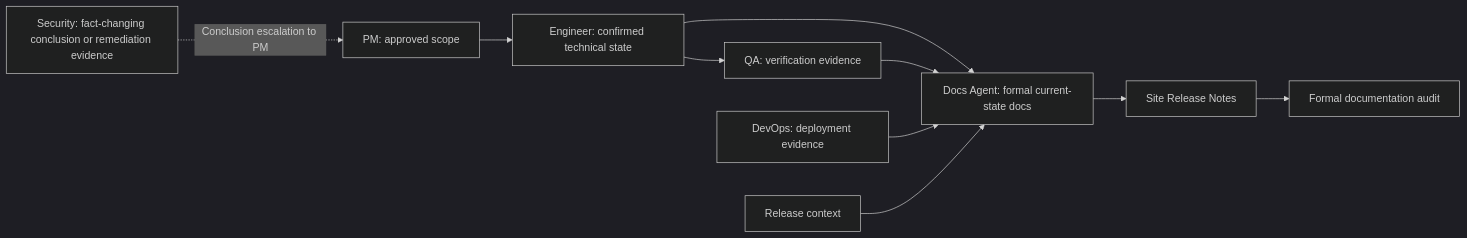
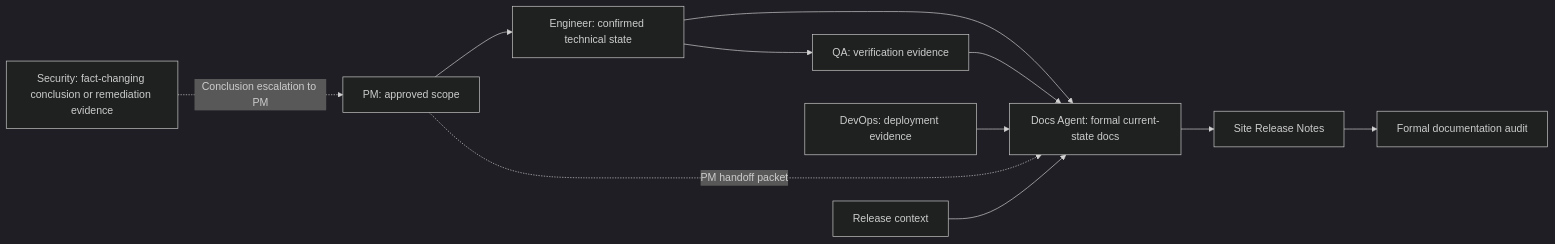
One commit to Neplich/dev-agent-skills changed the diagram in agents/docs/README.md. Above: the diagram before and after it, drawn with Mermaid (dark theme). The commit also changed 18 other files, not shown here.

````diff
--- a/agents/docs/README.md
+++ b/agents/docs/README.md
@@ -71,12 +71,13 @@
 ```mermaid
 flowchart LR
     PM["PM: approved scope"] --> Engineer["Engineer: confirmed technical state"]
     Engineer --> QA["QA: verification evidence"]
     Engineer --> Docs["Docs Agent: formal current-state docs"]
     QA --> Docs
     DevOps["DevOps: deployment evidence"] --> Docs
     Security["Security: fact-changing conclusion or remediation evidence"] -. "Conclusion escalation to PM" .-> PM
+    PM -. "PM handoff packet" .-> Docs
     Release["Release context"] --> Docs
     Docs --> Notes["Site Release Notes"]
     Notes --> Audit["Formal documentation audit"]
 ```
````
